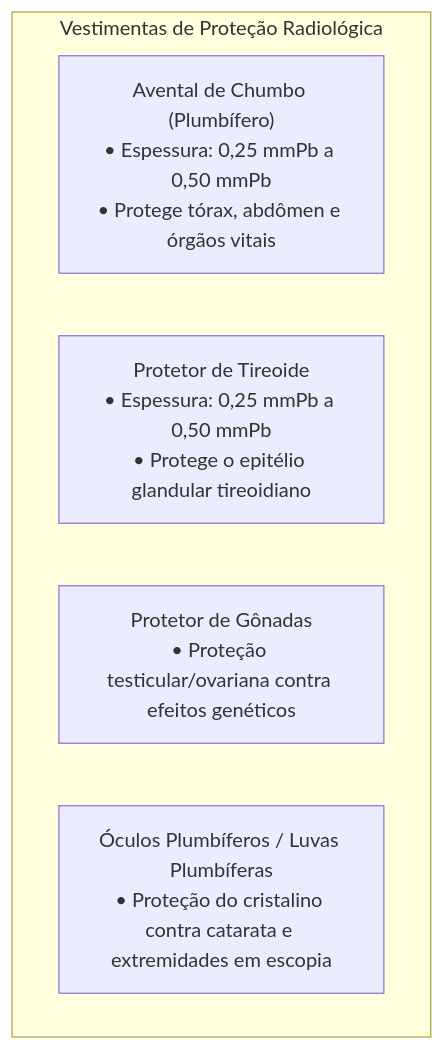
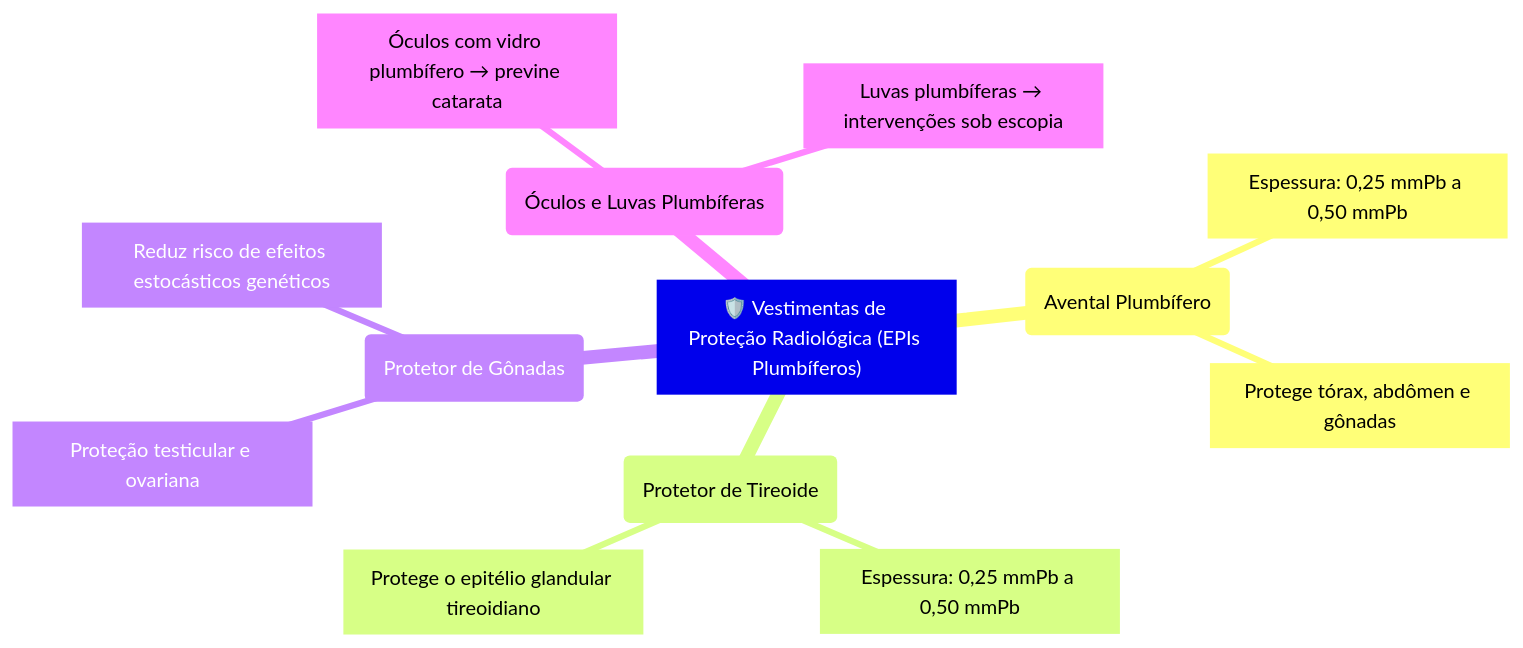
One commit to HenriqueFreire/henriquefreire.github.io changed the third of 3 diagrams in _posts/2026-05-12-uc1-biosseguranca-higienizacao-das-maos-paramentacao-e-nr32.md. Above: the diagram before and after it, drawn with Mermaid. The commit also changed other lines of this file and 1 other file, not shown here.

Commit message:
fix: remover repeticao de imagens, incluir infografico de EPIs e atualizar base legal

````diff
--- a/_posts/2026-05-12-uc1-biosseguranca-higienizacao-das-maos-paramentacao-e-nr32.md
+++ b/_posts/2026-05-12-uc1-biosseguranca-higienizacao-das-maos-paramentacao-e-nr32.md
@@ -111,9 +108,16 @@
 ```mermaid
-flowchart TD
-    subgraph EPIsPlumbiferos["Vestimentas de Proteção Radiológica"]
-        E1["Avental de Chumbo (Plumbífero)<br/>• Espessura: 0,25 mmPb a 0,50 mmPb<br/>• Protege tórax, abdômen e órgãos vitais"]
-        E2["Protetor de Tireoide<br/>• Espessura: 0,25 mmPb a 0,50 mmPb<br/>• Protege o epitélio glandular tireoidiano"]
-        E3["Protetor de Gônadas<br/>• Proteção testicular/ovariana contra efeitos genéticos"]
-        E4["Óculos Plumbíferos / Luvas Plumbíferas<br/>• Proteção do cristalino contra catarata e extremidades em escopia"]
-    end
+mindmap
+  root["🛡️ Vestimentas de Proteção Radiológica (EPIs Plumbíferos)"]
+    ("Avental Plumbífero")
+      ["Espessura: 0,25 mmPb a 0,50 mmPb"]
+      ["Protege tórax, abdômen e gônadas"]
+    ("Protetor de Tireoide")
+      ["Espessura: 0,25 mmPb a 0,50 mmPb"]
+      ["Protege o epitélio glandular tireoidiano"]
+    ("Protetor de Gônadas")
+      ["Proteção testicular e ovariana"]
+      ["Reduz risco de efeitos estocásticos genéticos"]
+    ("Óculos e Luvas Plumbíferas")
+      ["Óculos com vidro plumbífero → previne catarata"]
+      ["Luvas plumbíferas → intervenções sob escopia"]
 ```
````
